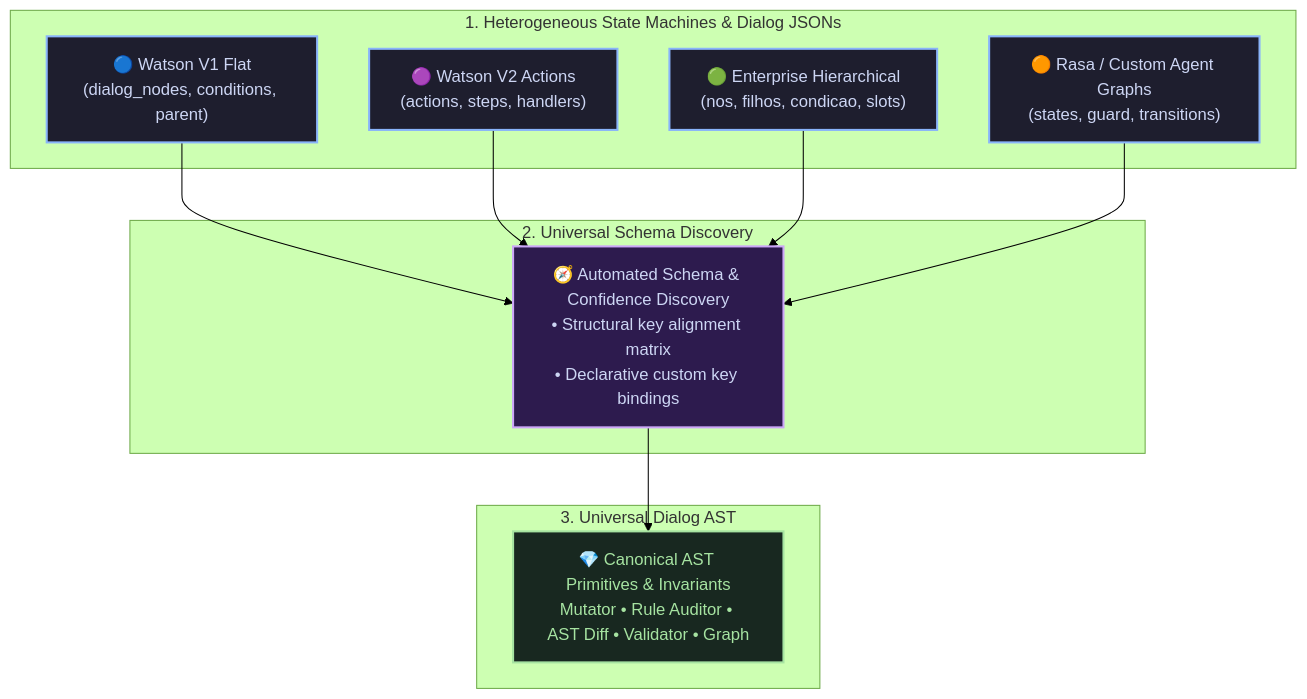
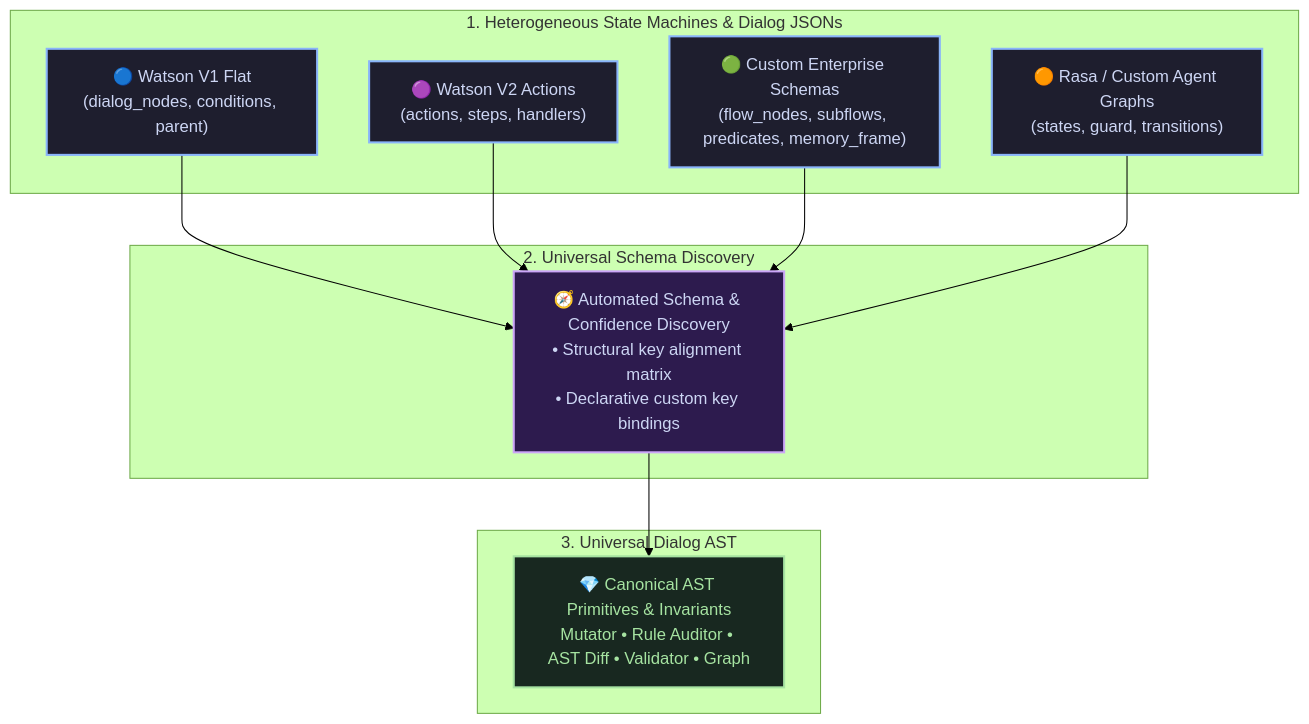
The first of 3 diagrams in README.md (augusto-scarvalho/tare.tools.dialog-engine), drawn with Mermaid (forest theme) before and after one commit. The commit also changed 1 other file, not shown here.

Commit message:
docs(readme): generalize Custom Enterprise Schemas and modernize pt-BR diagrams

````diff
--- a/README.md
+++ b/README.md
@@ -62,32 +62,32 @@
 ```mermaid
 flowchart TD
     subgraph Inputs ["1. Heterogeneous State Machines & Dialog JSONs"]
         W1["🔵 Watson V1 Flat<br/>(dialog_nodes, conditions, parent)"]
         W2["🟣 Watson V2 Actions<br/>(actions, steps, handlers)"]
-        Ent["🟢 Enterprise Hierarchical<br/>(nos, filhos, condicao, slots)"]
+        Ent["🟢 Custom Enterprise Schemas<br/>(flow_nodes, subflows, predicates, memory_frame)"]
         Rasa["🟠 Rasa / Custom Agent Graphs<br/>(states, guard, transitions)"]
     end
 
     subgraph Adapter ["2. Universal Schema Discovery"]
         Discovery["🧭 Automated Schema & Confidence Discovery<br/>• Structural key alignment matrix<br/>• Declarative custom key bindings"]
     end
 
     subgraph CoreAST ["3. Universal Dialog AST"]
         AST["💎 Canonical AST Primitives & Invariants<br/>Mutator • Rule Auditor • AST Diff • Validator • Graph"]
     end
 
     W1 --> Discovery
     W2 --> Discovery
     Ent --> Discovery
     Rasa --> Discovery
 
     Discovery --> AST
 
     classDef inStyle fill:#1e1e2e,stroke:#89b4fa,stroke-width:2px,color:#cdd6f4;
     classDef adStyle fill:#2d1b4e,stroke:#cba6f7,stroke-width:2px,color:#cdd6f4;
     classDef astStyle fill:#182820,stroke:#a6e3a1,stroke-width:2px,color:#a6e3a1;
 
     class W1,W2,Ent,Rasa inStyle;
     class Discovery adStyle;
     class AST astStyle;
 ```
````
